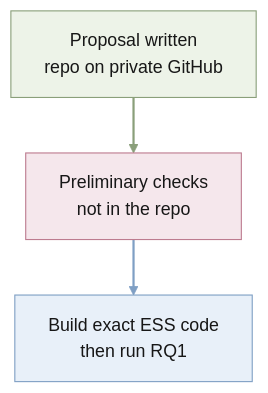
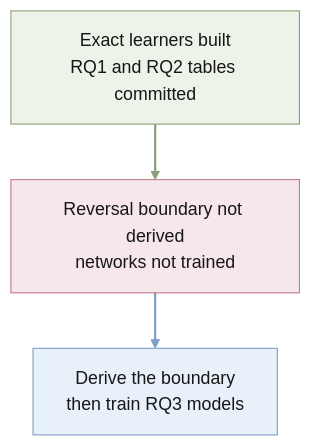
The diagram in STATUS.md (quan-possible/description-icl), drawn with Mermaid before and after one commit. The commit also changed other lines of this file and 15 other files, not shown here.

````diff
--- a/STATUS.md
+++ b/STATUS.md
@@ -5,17 +5,17 @@
 ```mermaid
 %%{init: {"theme":"base","themeVariables":{"fontFamily":"Inter, Clear Sans, Noto Sans, Helvetica Neue, Arial, Noto Sans CJK JP, sans-serif","fontSize":"16px","primaryTextColor":"#171717","lineColor":"#a8a8a8","mainBkg":"#ffffff","clusterBkg":"#ffffff","clusterBorder":"#ffffff","edgeLabelBackground":"#ffffff"},"flowchart":{"htmlLabels":true,"curve":"linear"}}}%%
 flowchart TD
     classDef green fill:#edf3e8,stroke:#8a9f7a,color:#171717,stroke-width:1px
     classDef pink fill:#f5e7ec,stroke:#bd7c8f,color:#171717,stroke-width:1px
     classDef blue fill:#e8f0f9,stroke:#7f9fc4,color:#171717,stroke-width:1px
     classDef edgeGreen stroke:#8a9f7a,color:#8a9f7a,stroke-width:2px
     classDef edgeBlue stroke:#7f9fc4,color:#7f9fc4,stroke-width:2px
 
-    done["Proposal written<br/>repo on private GitHub"] e1@--> gap["Preliminary checks<br/>not in the repo"] e2@--> next["Build exact ESS code<br/>then run RQ1"]
+    done["Exact learners built<br/>RQ1 and RQ2 tables committed"] e1@--> gap["Reversal boundary not derived<br/>networks not trained"] e2@--> next["Derive the boundary<br/>then train RQ3 models"]
 
     class done green
     class gap pink
     class next blue
     class e1 edgeGreen
     class e2 edgeBlue
 ```
````
